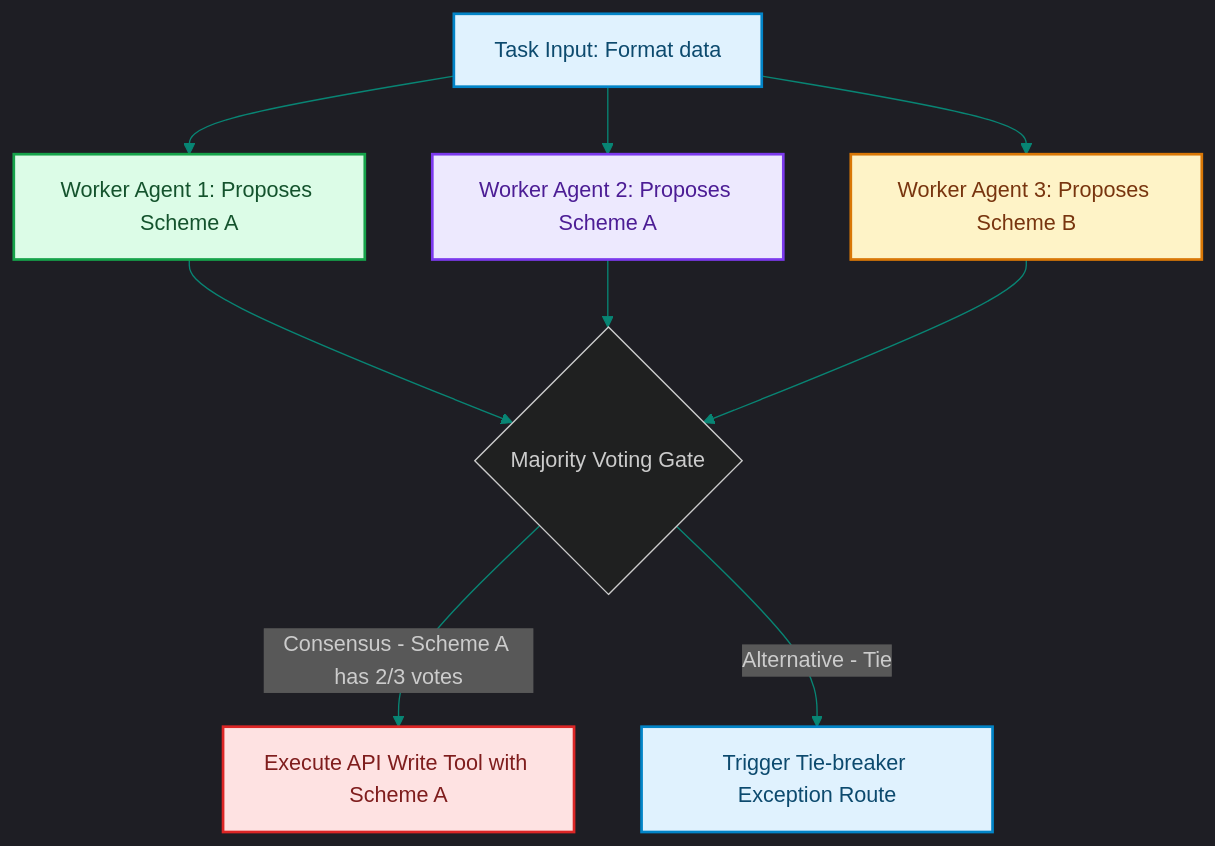
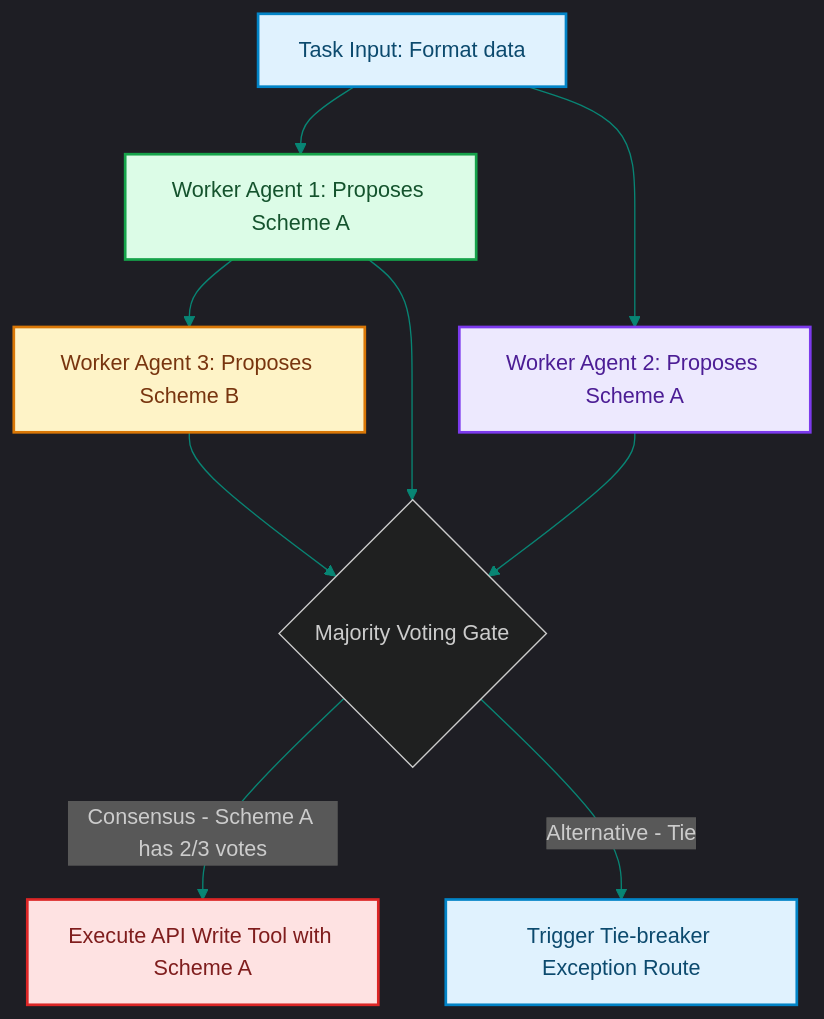
The diagram in blog/posts/consensus-majority-voting-gates-tool-outputs.md (akmalkhaniub/akmalkhaniub.github.io), drawn with Mermaid before and after one commit. The commit also changed other lines of this file and 894 other files, not shown here.

Commit message:
feat(blog): upgrade all 444 posts with unique staggered dates, 2-col Mermaid spines, benchmark tables, code blocks, and trade-offs

````diff
--- a/blog/posts/consensus-majority-voting-gates-tool-outputs.md
+++ b/blog/posts/consensus-majority-voting-gates-tool-outputs.md
@@ -16,25 +16,25 @@
 ```mermaid
 %%{init: {'theme': 'dark', 'themeVariables': { 'primaryColor': '#088574', 'primaryTextColor': '#f3f4f6', 'primaryBorderColor': '#0db49b', 'lineColor': '#088574', 'secondaryColor': '#111827', 'tertiaryColor': '#0b0f19'}}}%%
 flowchart TD
     Task["Task Input: Format data"] --> Worker1["Worker Agent 1: Proposes Scheme A"]
     Task --> Worker2["Worker Agent 2: Proposes Scheme A"]
-    Task --> Worker3["Worker Agent 3: Proposes Scheme B"]
+    Worker1 --> Worker3["Worker Agent 3: Proposes Scheme B"]
     
     Worker1 --> Gate{Majority Voting Gate}
     Worker2 --> Gate
     Worker3 --> Gate
     
     Gate -->|Consensus - Scheme A has 2/3 votes| Execute["Execute API Write Tool with Scheme A"]
     Gate -->|Alternative - Tie| Fallback["Trigger Tie-breaker Exception Route"]
 
 classDef green fill:#dcfce7,stroke:#16a34a,stroke-width:2px,color:#14532d;
 classDef red fill:#fee2e2,stroke:#dc2626,stroke-width:2px,color:#7f1d1d;
 classDef blue fill:#e0f2fe,stroke:#0284c7,stroke-width:2px,color:#0c4a6e;
 classDef yellow fill:#fef3c7,stroke:#d97706,stroke-width:2px,color:#78350f;
 classDef purple fill:#ede9fe,stroke:#7c3aed,stroke-width:2px,color:#4c1d95;
 class Task,Fallback blue
 class Worker1 green
 class Worker2 purple
 class Worker3 yellow
 class Execute red
 ```
````
